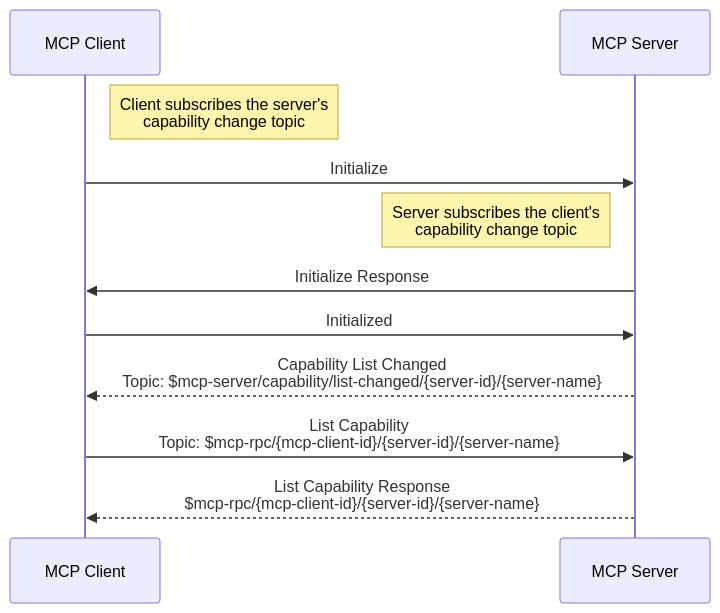
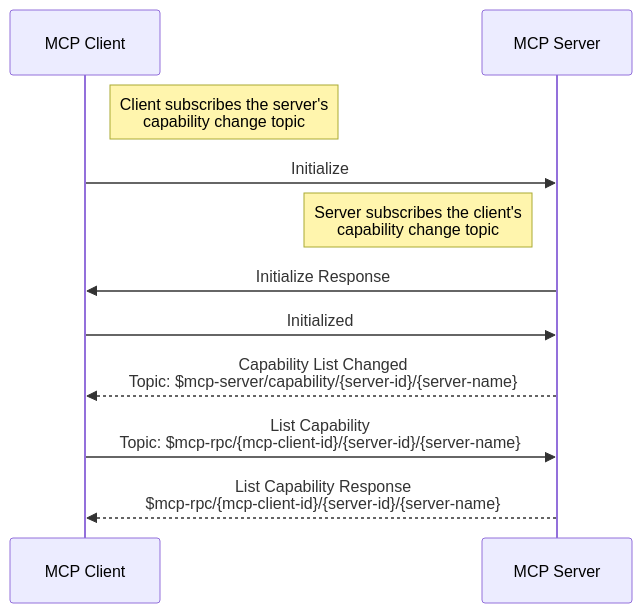
Before and after one commit to mqtt-ai/mcp-over-mqtt: the third of 4 diagrams in specification/2025-03-26/basic/mqtt_transport.md, drawn with Mermaid. The commit also changed other lines of this file, not shown here.

Commit message:
use the same topic to send list_changed and resource updated notifications

````diff
--- a/specification/2025-03-26/basic/mqtt_transport.md
+++ b/specification/2025-03-26/basic/mqtt_transport.md
@@ -343,19 +340,19 @@
 ```mermaid
 
 sequenceDiagram
     participant MCP_Client as MCP Client
     participant MCP_Server as MCP Server
 
     Note right of MCP_Client: Client subscribes the server's<br/>capability change topic
     MCP_Client ->> MCP_Server: Initialize
 
     Note left of MCP_Server: Server subscribes the client's<br/>capability change topic
     MCP_Server ->> MCP_Client: Initialize Response
     MCP_Client ->> MCP_Server: Initialized
 
-    MCP_Server -->> MCP_Client: Capability List Changed<br/>Topic: $mcp-server/capability/list-changed/{server-id}/{server-name}
+    MCP_Server -->> MCP_Client: Capability List Changed<br/>Topic: $mcp-server/capability/{server-id}/{server-name}
 
     MCP_Client ->> MCP_Server: List Capability<br/>Topic: $mcp-rpc/{mcp-client-id}/{server-id}/{server-name}
 
     MCP_Server -->> MCP_Client: List Capability Response<br/>$mcp-rpc/{mcp-client-id}/{server-id}/{server-name}
 ```
````
